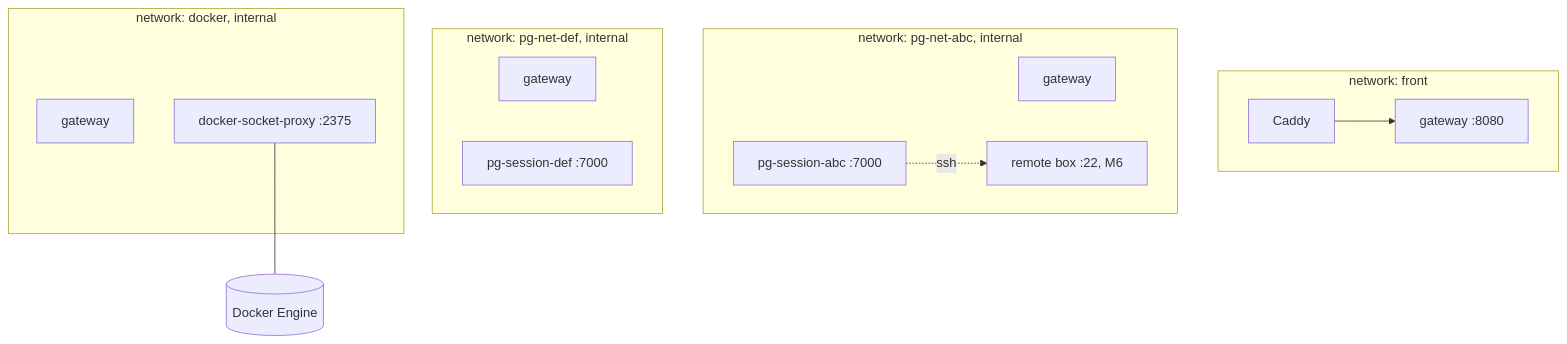
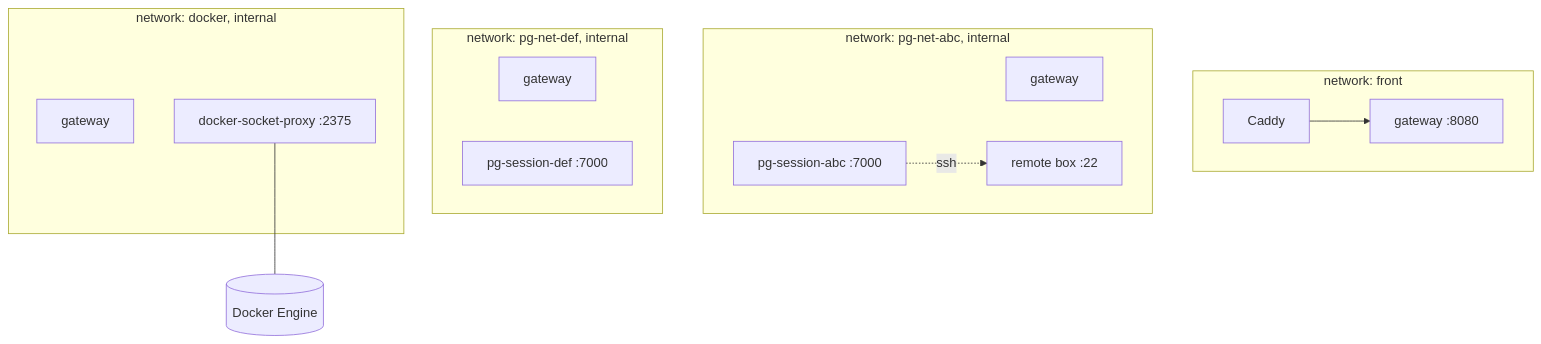
Before and after one commit to floatshadow/emacs-playground: the first of 3 diagrams in docs/architecture.md, drawn with Mermaid. The commit also changed other lines of this file and 54 other files, not shown here.

First line of the commit message:
sessiond, gateway: projects, laps, per-session remote box

````diff
--- a/docs/architecture.md
+++ b/docs/architecture.md
@@ -7,23 +7,23 @@
 ```mermaid
 flowchart TB
   subgraph net_front [network: front]
     C[Caddy]
     G[gateway :8080]
   end
   subgraph net_abc [network: pg-net-abc, internal]
     G2[gateway]
     S1[pg-session-abc :7000]
-    R1[remote box :22, M6]
+    R1[remote box :22]
   end
   subgraph net_def [network: pg-net-def, internal]
     G4[gateway]
     S2[pg-session-def :7000]
   end
   subgraph net_docker [network: docker, internal]
     G3[gateway]
     P[docker-socket-proxy :2375]
   end
   P --- D[(Docker Engine)]
   S1 -. ssh .-> R1
   C --> G
 ```
````
